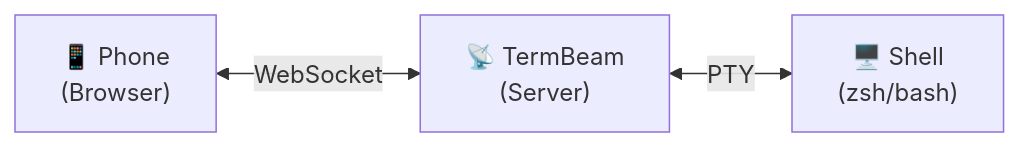
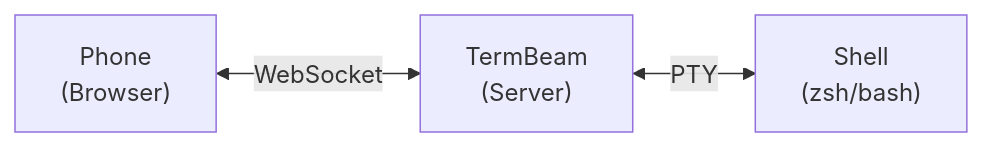
One commit to dorlugasigal/TermBeam changed the diagram in docs/index.md. Above: the diagram before and after it, drawn with Mermaid. The commit also changed other lines of this file and 16 other files, not shown here.

````diff
--- a/docs/index.md
+++ b/docs/index.md
@@ -69,5 +69,5 @@
 ```mermaid
 flowchart LR
-  A["📱 Phone<br>(Browser)"] <-->|WebSocket| B["📡 TermBeam<br>(Server)"]
-  B <-->|PTY| C["🖥️ Shell<br>(zsh/bash)"]
+  A["Phone<br>(Browser)"] <-->|WebSocket| B["TermBeam<br>(Server)"]
+  B <-->|PTY| C["Shell<br>(zsh/bash)"]
 ```
````
